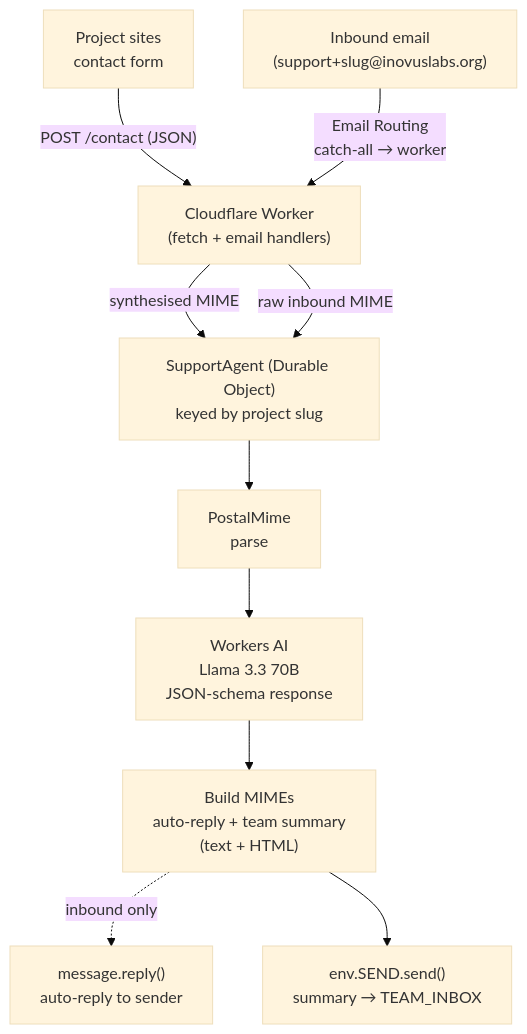
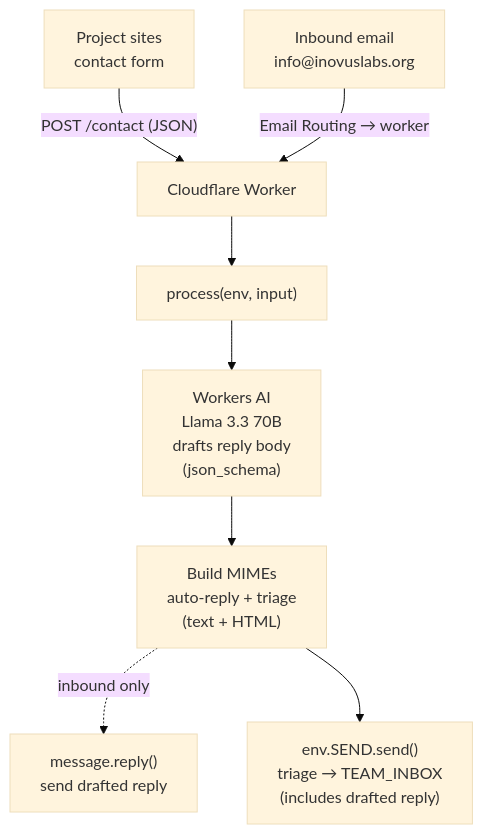
Before and after one commit to inovus-labs/support-email-worker: the diagram in README.md, drawn with Mermaid (base theme). The commit also changed other lines of this file and 16 other files, not shown here.

````diff
--- a/README.md
+++ b/README.md
@@ -12,22 +11,17 @@
 ```mermaid
 flowchart TD
     F["Project sites<br/>contact form"]
-    E["Inbound email<br/>(support+slug@inovuslabs.org)"]
+    E["Inbound email<br/>info@inovuslabs.org"]
 
     F -- "POST /contact (JSON)" --> W
-    E -- "Email Routing<br/>catch-all → worker" --> W
+    E -- "Email Routing → worker" --> W
 
-    W["Cloudflare Worker<br/>(fetch + email handlers)"]
+    W["Cloudflare Worker"]
+    W --> Pr["process(env, input)"]
 
-    W -- "synthesised MIME" --> A
-    W -- "raw inbound MIME" --> A
+    Pr --> C["Workers AI<br/>Llama 3.3 70B<br/>drafts reply body<br/>(json_schema)"]
+    C --> B["Build MIMEs<br/>auto-reply + triage<br/>(text + HTML)"]
 
-    A["SupportAgent (Durable Object)<br/>keyed by project slug"]
-
-    A --> P["PostalMime<br/>parse"]
-    P --> C["Workers AI<br/>Llama 3.3 70B<br/>JSON-schema response"]
-    C --> B["Build MIMEs<br/>auto-reply + team summary<br/>(text + HTML)"]
-
-    B -. "inbound only" .-> R["message.reply()<br/>auto-reply to sender"]
-    B --> S["env.SEND.send()<br/>summary → TEAM_INBOX"]
+    B -. "inbound only" .-> R["message.reply()<br/>send drafted reply"]
+    B --> S["env.SEND.send()<br/>triage → TEAM_INBOX<br/>(includes drafted reply)"]
 ```
````
